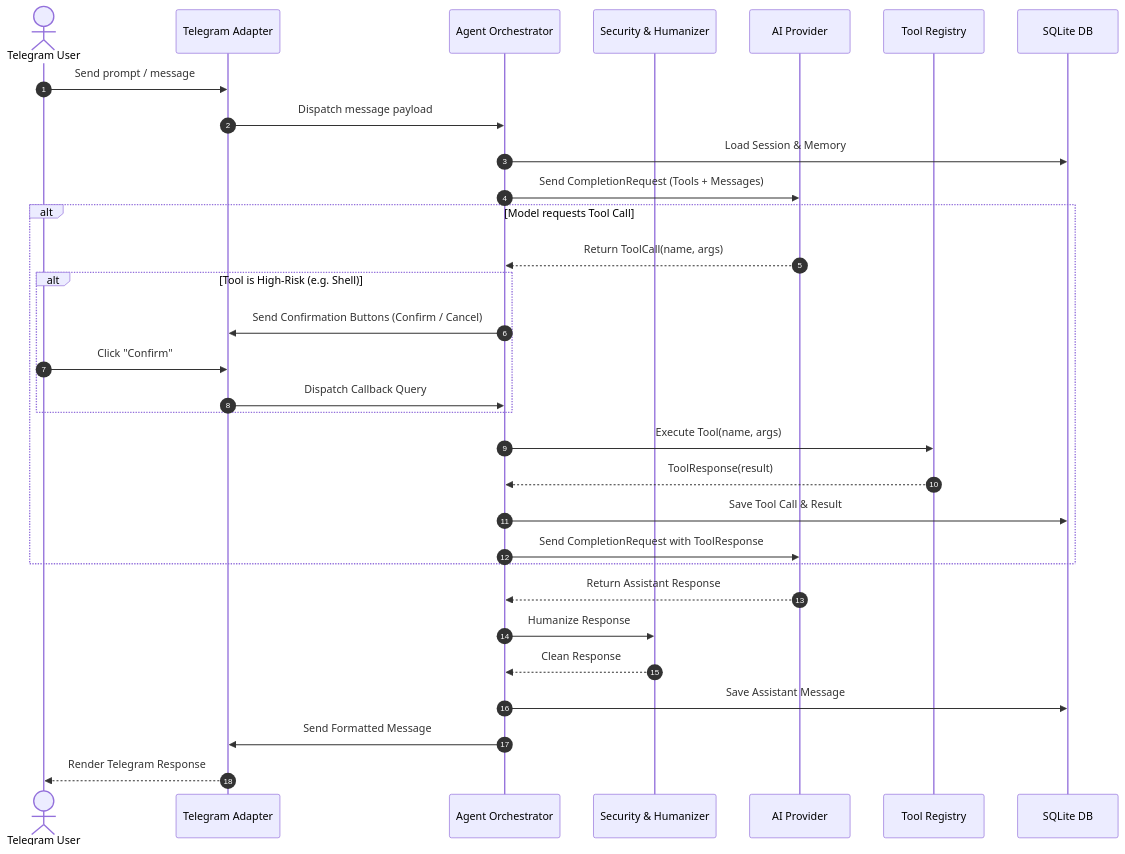
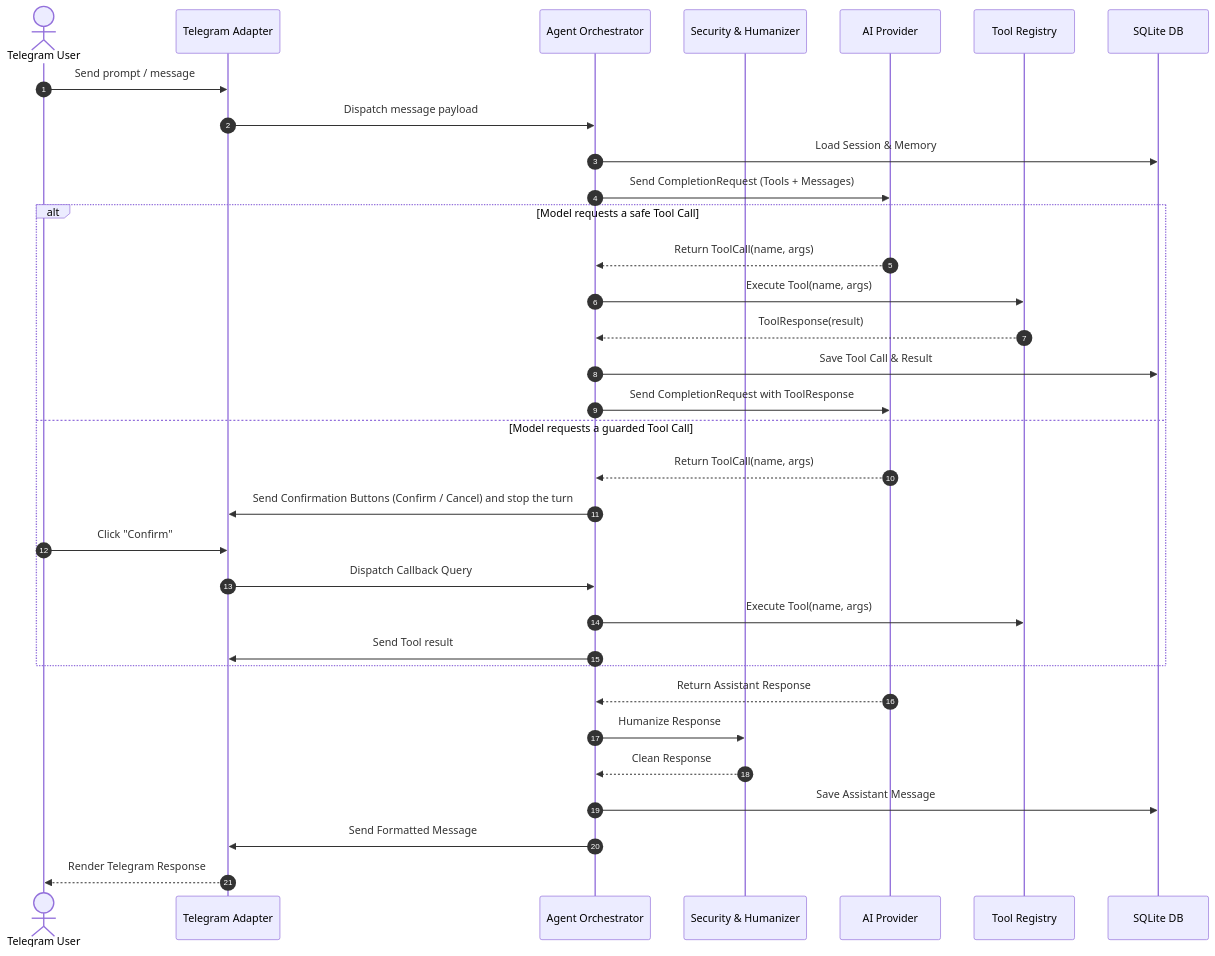
Before and after one commit to h1ntz0/Agents-Telegram: the second of 3 diagrams in docs/architecture/overview.md, drawn with Mermaid. The commit also changed other lines of this file and 9 other files, not shown here.

````diff
--- a/docs/architecture/overview.md
+++ b/docs/architecture/overview.md
@@ -76,36 +78,38 @@
 ```mermaid
 sequenceDiagram
     autonumber
     actor User as Telegram User
     participant Bot as Telegram Adapter
     participant Orch as Agent Orchestrator
     participant Sec as Security & Humanizer
     participant AI as AI Provider
     participant Tool as Tool Registry
     participant DB as SQLite DB
 
     User->>Bot: Send prompt / message
     Bot->>Orch: Dispatch message payload
     Orch->>DB: Load Session & Memory
     Orch->>AI: Send CompletionRequest (Tools + Messages)
-    
-    alt Model requests Tool Call
+
+    alt Model requests a safe Tool Call
         AI-->>Orch: Return ToolCall(name, args)
-        alt Tool is High-Risk (e.g. Shell)
-            Orch->>Bot: Send Confirmation Buttons (Confirm / Cancel)
-            User->>Bot: Click "Confirm"
-            Bot->>Orch: Dispatch Callback Query
-        end
         Orch->>Tool: Execute Tool(name, args)
         Tool-->>Orch: ToolResponse(result)
         Orch->>DB: Save Tool Call & Result
         Orch->>AI: Send CompletionRequest with ToolResponse
+    else Model requests a guarded Tool Call
+        AI-->>Orch: Return ToolCall(name, args)
+        Orch->>Bot: Send Confirmation Buttons (Confirm / Cancel) and stop the turn
+        User->>Bot: Click "Confirm"
+        Bot->>Orch: Dispatch Callback Query
+        Orch->>Tool: Execute Tool(name, args)
+        Orch->>Bot: Send Tool result
     end
 
     AI-->>Orch: Return Assistant Response
     Orch->>Sec: Humanize Response
     Sec-->>Orch: Clean Response
     Orch->>DB: Save Assistant Message
     Orch->>Bot: Send Formatted Message
     Bot-->>User: Render Telegram Response
 ```
````
